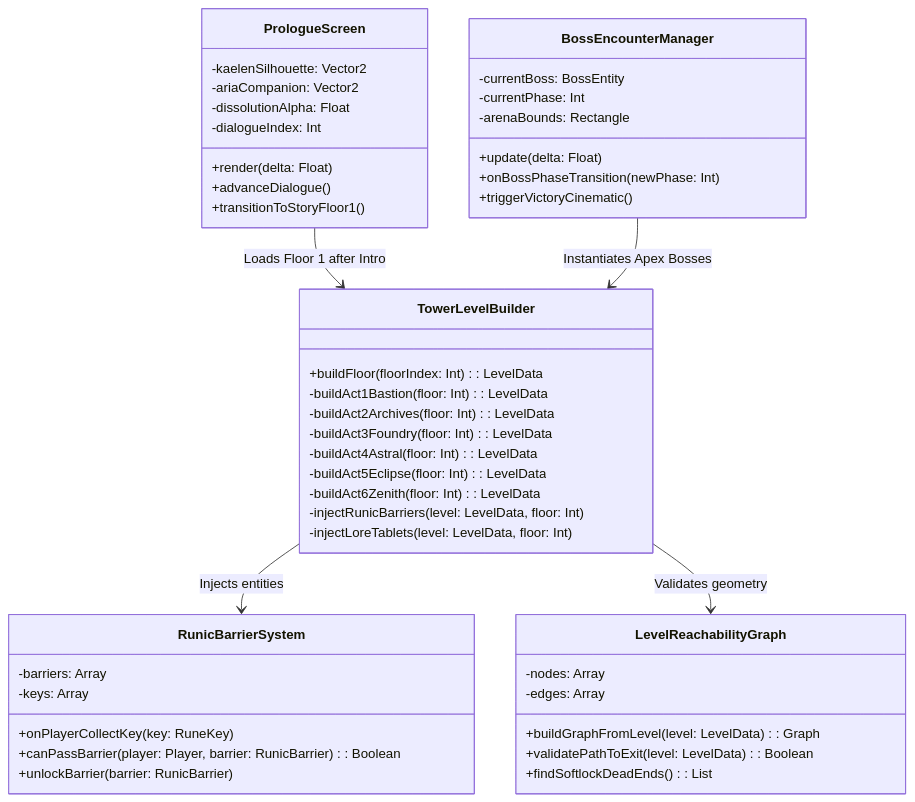
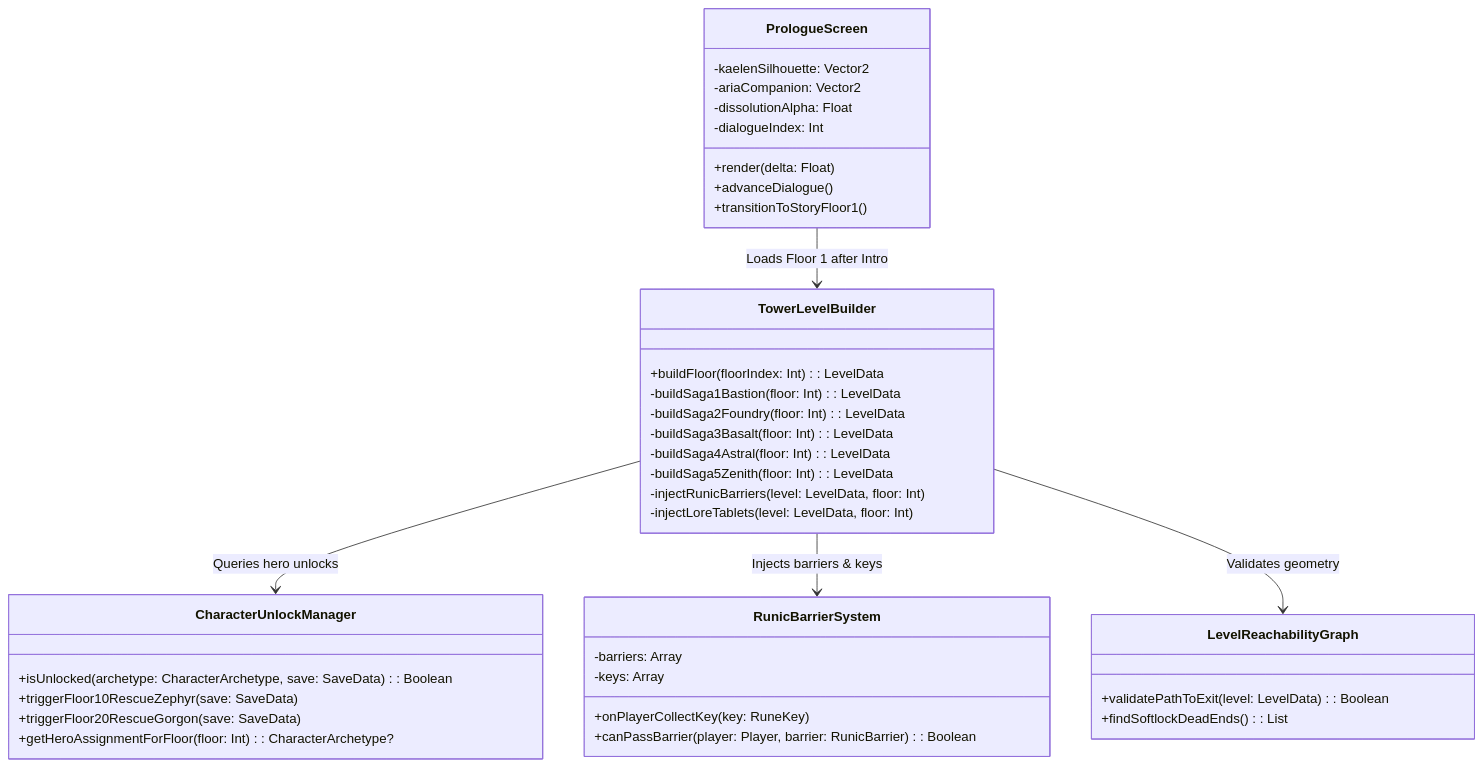
The third of 3 diagrams in Alur_Pengembangan_Ekspansi_30_Lantai.md (muhammadyusuftechid-star/stickman-tower-adventure), drawn with Mermaid before and after one commit. The commit also changed other lines of this file and 3 other files, not shown here.

Commit message:
docs: expand tower saga to 50 floors with character unlock odyssey and enemy origins

````diff
--- a/Alur_Pengembangan_Ekspansi_30_Lantai.md
+++ b/Alur_Pengembangan_Ekspansi_30_Lantai.md
@@ -203,54 +206,47 @@
 ```mermaid
 classDiagram
     class TowerLevelBuilder {
         +buildFloor(floorIndex: Int): LevelData
-        -buildAct1Bastion(floor: Int): LevelData
-        -buildAct2Archives(floor: Int): LevelData
-        -buildAct3Foundry(floor: Int): LevelData
-        -buildAct4Astral(floor: Int): LevelData
-        -buildAct5Eclipse(floor: Int): LevelData
-        -buildAct6Zenith(floor: Int): LevelData
+        -buildSaga1Bastion(floor: Int): LevelData
+        -buildSaga2Foundry(floor: Int): LevelData
+        -buildSaga3Basalt(floor: Int): LevelData
+        -buildSaga4Astral(floor: Int): LevelData
+        -buildSaga5Zenith(floor: Int): LevelData
         -injectRunicBarriers(level: LevelData, floor: Int)
         -injectLoreTablets(level: LevelData, floor: Int)
+    }
+
+    class CharacterUnlockManager {
+        +isUnlocked(archetype: CharacterArchetype, save: SaveData): Boolean
+        +triggerFloor10RescueZephyr(save: SaveData)
+        +triggerFloor20RescueGorgon(save: SaveData)
+        +getHeroAssignmentForFloor(floor: Int): CharacterArchetype?
     }
 
     class PrologueScreen {
         -kaelenSilhouette: Vector2
         -ariaCompanion: Vector2
         -dissolutionAlpha: Float
         -dialogueIndex: Int
         +render(delta: Float)
         +advanceDialogue()
         +transitionToStoryFloor1()
     }
 
     class RunicBarrierSystem {
         -barriers: Array<RunicBarrier>
         -keys: Array<RuneKey>
         +onPlayerCollectKey(key: RuneKey)
         +canPassBarrier(player: Player, barrier: RunicBarrier): Boolean
-        +unlockBarrier(barrier: RunicBarrier)
     }
 
     class LevelReachabilityGraph {
-        -nodes: Array<PlatformNode>
-        -edges: Array<JumpEdge>
-        +buildGraphFromLevel(level: LevelData): Graph
         +validatePathToExit(level: LevelData): Boolean
         +findSoftlockDeadEnds(): List<PlatformNode>
     }
 
-    class BossEncounterManager {
-        -currentBoss: BossEntity
-        -currentPhase: Int
-        -arenaBounds: Rectangle
-        +update(delta: Float)
-        +onBossPhaseTransition(newPhase: Int)
-        +triggerVictoryCinematic()
-    }
-
-    TowerLevelBuilder --> RunicBarrierSystem : Injects entities
+    TowerLevelBuilder --> CharacterUnlockManager : Queries hero unlocks
+    TowerLevelBuilder --> RunicBarrierSystem : Injects barriers & keys
     TowerLevelBuilder --> LevelReachabilityGraph : Validates geometry
     PrologueScreen --> TowerLevelBuilder : Loads Floor 1 after Intro
-    BossEncounterManager --> TowerLevelBuilder : Instantiates Apex Bosses
 ```
````
